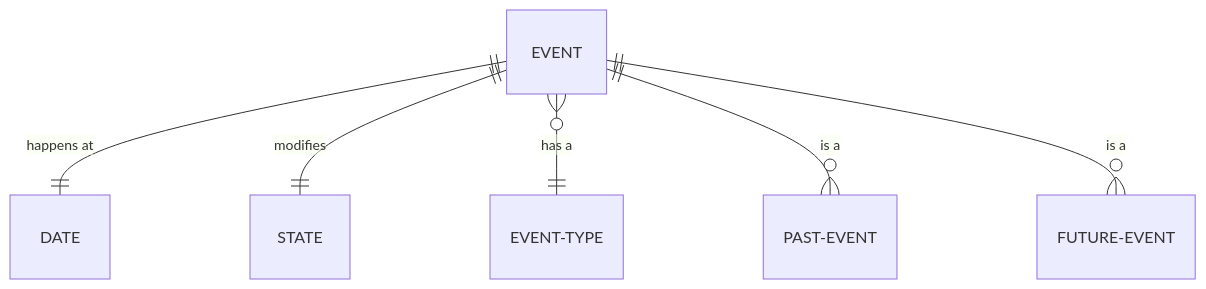
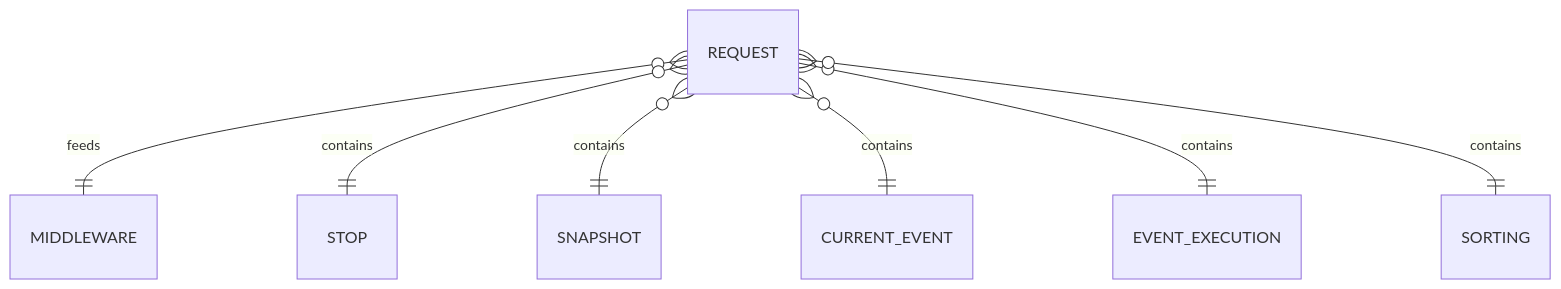
The diagram in docs/archi/event_entity.mermaid (hephaistox/automaton-simulation-de), drawn with Mermaid before and after one commit. The commit also changed 44 other files, not shown here.

```diff
--- a/docs/archi/event_entity.mermaid
+++ b/docs/archi/event_entity.mermaid
@@ -1,6 +1,7 @@
 erDiagram
-    EVENT ||--|| DATE : "happens at"
-    EVENT ||--|| STATE : "modifies"
-    EVENT o{--|| EVENT-TYPE : "has a"
-    EVENT ||--o{ PAST-EVENT : "is a"
-    EVENT ||--o{ FUTURE-EVENT : "is a"
+  REQUEST o{--|| MIDDLEWARE : "feeds"
+  REQUEST o{--|| STOP : "contains"
+  REQUEST o{--|| SNAPSHOT : "contains"
+  REQUEST o{--|| CURRENT_EVENT : "contains"
+  REQUEST o{--|| EVENT_EXECUTION : "contains"
+  REQUEST o{--|| SORTING : "contains"
```
